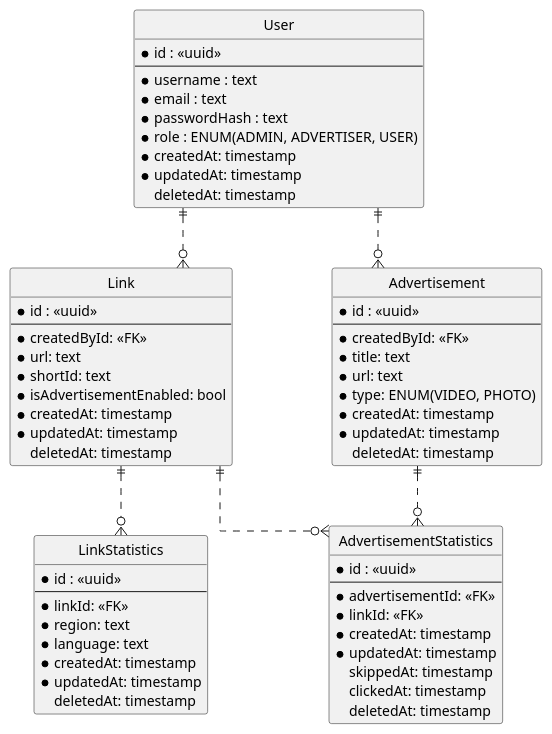
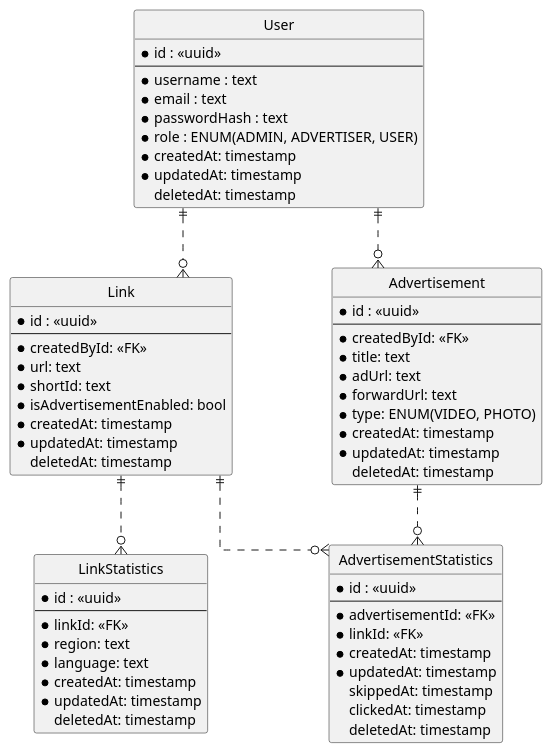
Before and after one commit to MichaelaLodnanova/Analytical-link-shortener: the diagram in diagrams/erd.puml, drawn with PlantUML. The commit also changed 5 other files, not shown here.

```diff
--- a/diagrams/erd.puml
+++ b/diagrams/erd.puml
@@ -1,73 +1,74 @@
 @startuml shortener_erd
 
 hide circle
 skinparam Linetype ortho
 skinparam Ranksep 60
 skinparam Nodesep 100
 
 entity "User" as user {
   *id : <<uuid>>
   --
   * username : text
   * email : text
   * passwordHash : text
   * role : ENUM(ADMIN, ADVERTISER, USER)
   * createdAt: timestamp
   * updatedAt: timestamp
   deletedAt: timestamp
 }
 
 entity "Link" as link {
   *id : <<uuid>>
   --
   * createdById: <<FK>>
   * url: text
   * shortId: text
   * isAdvertisementEnabled: bool
   * createdAt: timestamp
   * updatedAt: timestamp
   deletedAt: timestamp
 }
 
 entity "LinkStatistics" as linkStats {
   *id : <<uuid>>
   --
   * linkId: <<FK>>
   * region: text
   * language: text
   * createdAt: timestamp
   * updatedAt: timestamp
   deletedAt: timestamp
 }
 
 entity "Advertisement" as ad {
   *id : <<uuid>>
   --
   * createdById: <<FK>>
   * title: text
-  * url: text
+  * adUrl: text
+  * forwardUrl: text
   * type: ENUM(VIDEO, PHOTO)
   * createdAt: timestamp
   * updatedAt: timestamp
   deletedAt: timestamp
 }
 
 entity "AdvertisementStatistics" as adStats {
   *id : <<uuid>>
   --
   * advertisementId: <<FK>>
   * linkId: <<FK>>
   * createdAt: timestamp
   * updatedAt: timestamp
   skippedAt: timestamp
   clickedAt: timestamp
   deletedAt: timestamp
 }
 
 user ||..o{ link
 user ||..o{ ad
 
 ad ||..o{ adStats
 link ||..o{ linkStats
 link ||..o{ adStats
 @enduml
```
